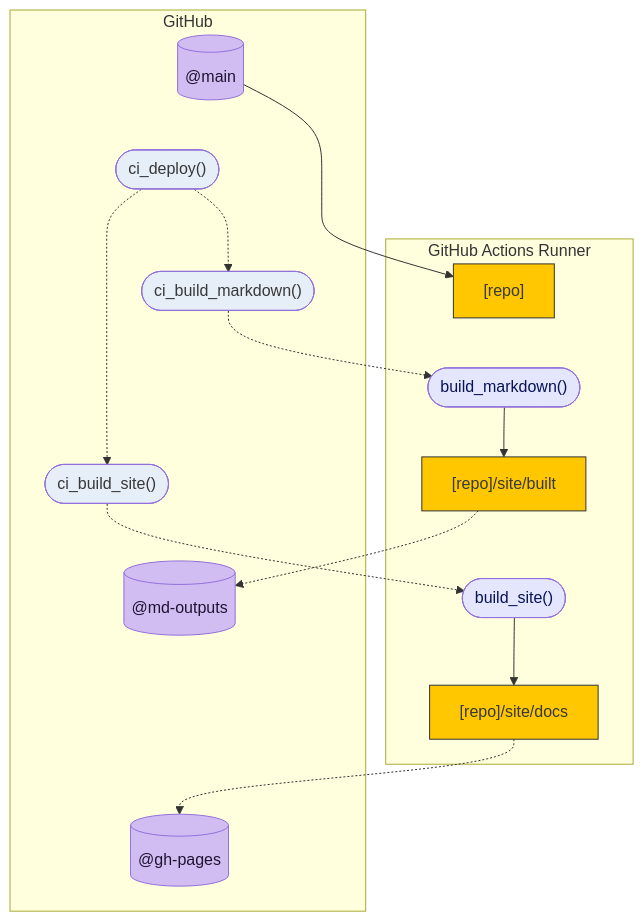
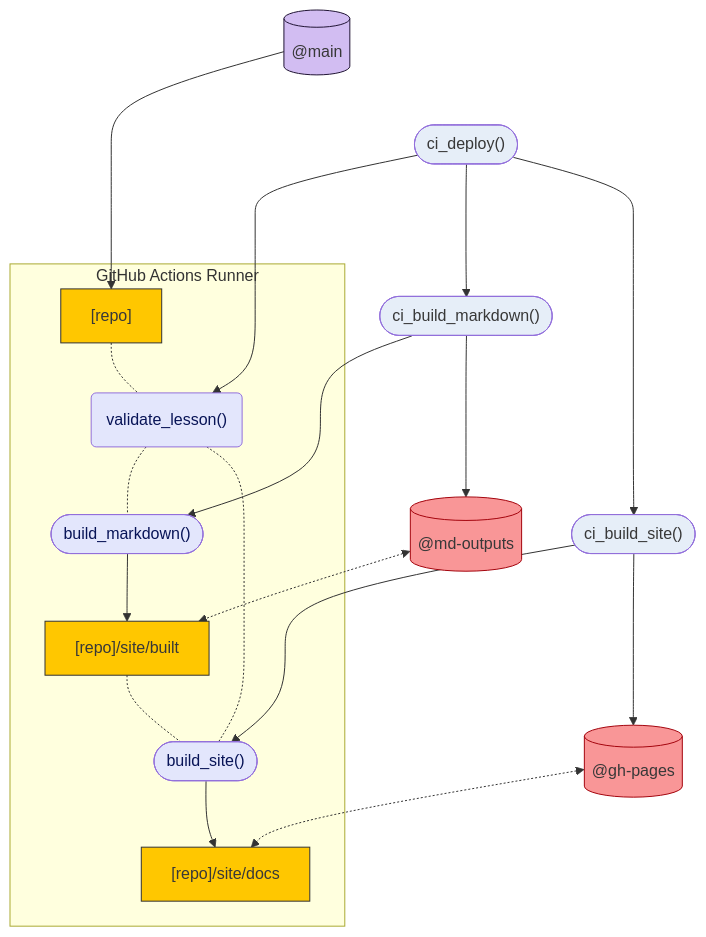
The third of 3 diagrams in intro.qmd (carpentries/workbench-dev), drawn with Mermaid before and after one commit. The commit also changed other lines of this file and 1 other file, not shown here.

Commit message:
update diagrams and text

````diff
--- a/intro.qmd
+++ b/intro.qmd
@@ -114,40 +129,47 @@
 ```{mermaid}
 flowchart TB
     classDef default color:#383838,fill:#FFF7F1,stroke-width:1px
     classDef external color:#383838,fill:#E6EEF8,stroke-width:1px
     classDef normal color:#081457,fill:#E3E6FC,stroke-width:1px
     classDef local fill:#FFC700,stroke:#333,stroke-width:1px
-    classDef remote fill:#D2BDF2, color:#201434,stroke-width:1px
+    classDef remote fill:#D2BDF2,stroke:#201434,stroke-width:1px
+    classDef notouch fill:#F99697,stroke:#A4050E,stroke-width:1px
+
+
+    GH[("@main")]:::remote
+    MDOUT[("@md-outputs")]:::notouch
+    PAGES[("@gh-pages")]:::notouch
+    DEPLOY(["ci_deploy()"]):::external
+    CIBUILDMD(["ci_build_markdown()"]):::external
+    CIBUILDSITE(["ci_build_site()"]):::external
 
     subgraph GitHub Actions Runner
     REPO["[repo]"]:::local
     BUILT["[repo]/site/built"]:::local
     SITE["[repo]/site/docs"]:::local
+    VLESS("validate_lesson()"):::normal
     BUILDMD(["build_markdown()"]):::normal
     BUILDSITE(["build_site()"]):::normal
     end
 
-    subgraph GitHub
-    GH[("@main")]:::remote
-    MDOUT[("@md-outputs")]:::remote
-    PAGES[("@gh-pages")]:::remote
-    DEPLOY(["ci_deploy()"]):::external
-    CIBUILDMD(["ci_build_markdown()"]):::external
-    CIBUILDSITE(["ci_build_site()"]):::external
-    end
 
     GH ---> REPO
     GH ~~~ DEPLOY
-    REPO ~~~ BUILDMD
-    BUILT ~~~ BUILDSITE
+    REPO -.- VLESS
 
+
+    DEPLOY ---> VLESS
+    DEPLOY ---> CIBUILDMD
+    DEPLOY ---> CIBUILDSITE
+    VLESS -.- BUILDMD
+    CIBUILDMD ---> MDOUT
+    MDOUT <-.-> BUILT
+    CIBUILDMD ---> BUILDMD
+    CIBUILDSITE ---> PAGES
+    PAGES <-.-> SITE
+    CIBUILDSITE ---> BUILDSITE
+    BUILT -.- BUILDSITE
+    VLESS -.- BUILDSITE
     BUILDMD --> BUILT
     BUILDSITE --> SITE
-
-    DEPLOY -.-> CIBUILDMD
-    DEPLOY -.-> CIBUILDSITE
-    BUILT -.->  MDOUT
-    SITE -.->  PAGES
-    CIBUILDMD -.-> BUILDMD
-    CIBUILDSITE -.-> BUILDSITE
 ```
````
